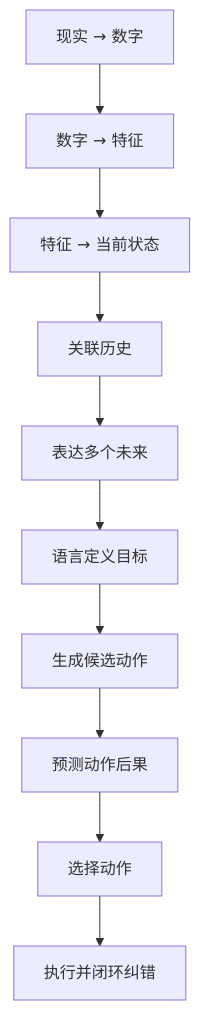
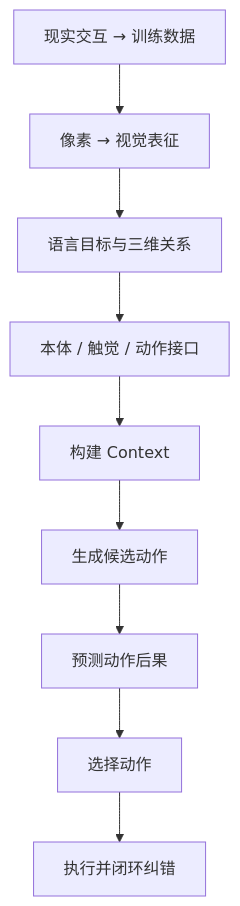
Before and after one commit to qi-robotics/robot-world-model-tutorial: the diagram in docs/roadmap.md, drawn with Mermaid. The commit also changed other lines of this file and 61 other files, not shown here.

````diff
--- a/docs/roadmap.md
+++ b/docs/roadmap.md
@@ -20,12 +20,11 @@
 ```mermaid
 flowchart TB
-    A["现实 → 数字"] --> B["数字 → 特征"]
-    B --> C["特征 → 当前状态"]
-    C --> D["关联历史"]
-    D --> E["表达多个未来"]
-    E --> F["语言定义目标"]
-    F --> G["生成候选动作"]
-    G --> H["预测动作后果"]
-    H --> I["选择动作"]
-    I --> J["执行并闭环纠错"]
+    A["现实交互 → 训练数据"] --> B["像素 → 视觉表征"]
+    B --> C["语言目标与三维关系"]
+    C --> D["本体 / 触觉 / 动作接口"]
+    D --> E["构建 Context"]
+    E --> F["生成候选动作"]
+    F --> G["预测动作后果"]
+    G --> H["选择动作"]
+    H --> I["执行并闭环纠错"]
 ```
````
